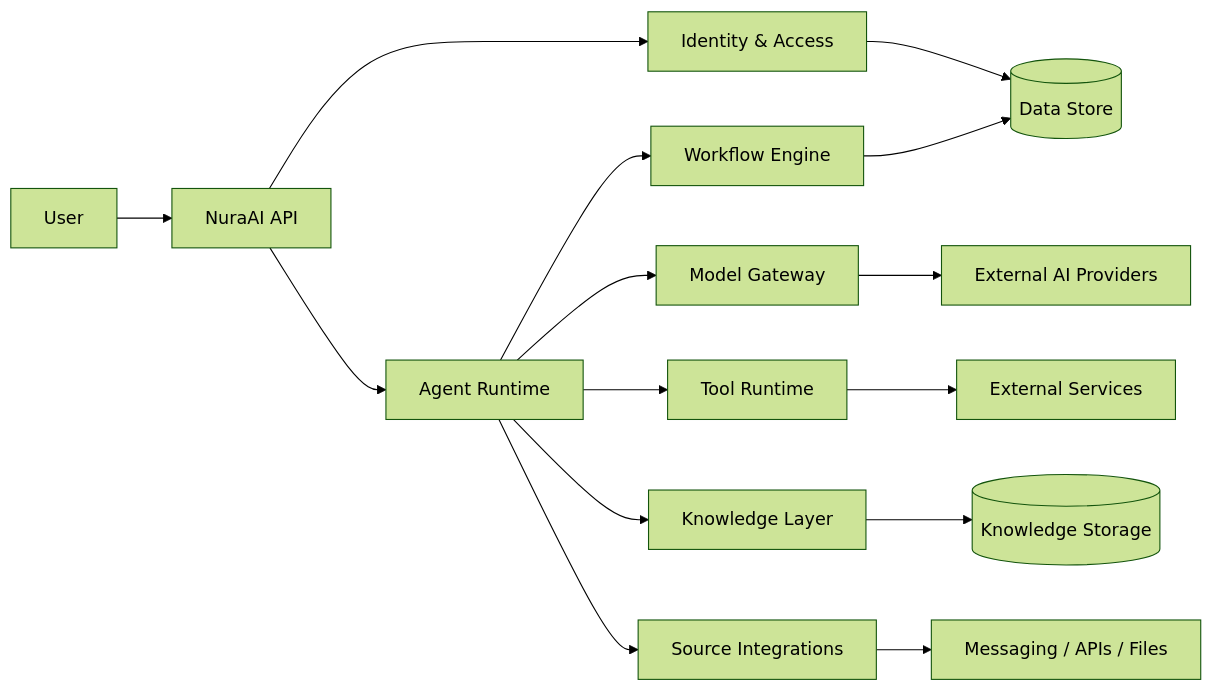
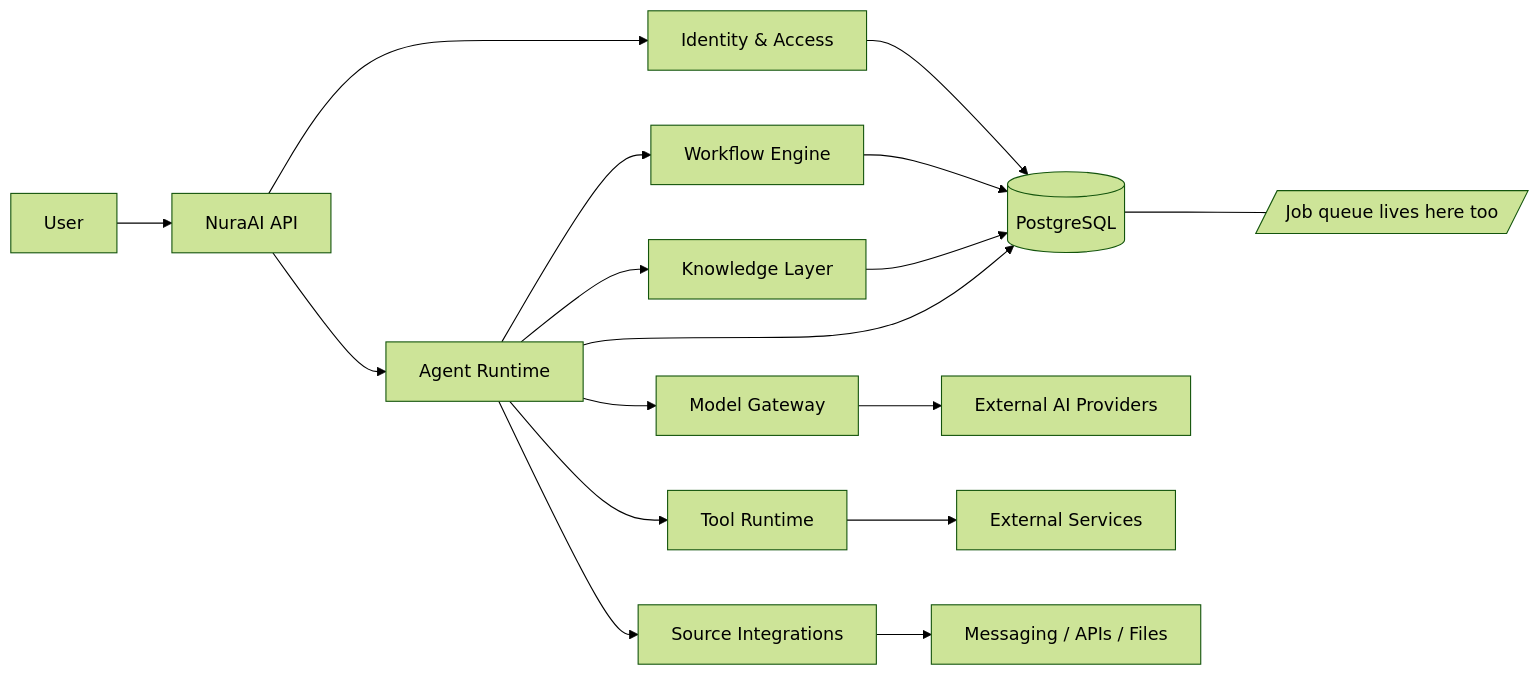
One commit to GreatRedem/TeamAgent changed the diagram in README.md. Above: the diagram before and after it, drawn with Mermaid (forest theme). The commit also changed other lines of this file and 21 other files, not shown here.

````diff
--- a/README.md
+++ b/README.md
@@ -31,18 +31,20 @@
 ```mermaid
 flowchart LR
     U[User] --> API[NuraAI API]
     API --> AUTH[Identity & Access]
     API --> AGENT[Agent Runtime]
     AGENT --> MODEL[Model Gateway]
     AGENT --> TOOL[Tool Runtime]
     AGENT --> KNOW[Knowledge Layer]
     AGENT --> SOURCE[Source Integrations]
     AGENT --> FLOW[Workflow Engine]
 
-    AUTH --> DB[(Data Store)]
+    AUTH --> DB[(PostgreSQL)]
     FLOW --> DB
-    KNOW --> KB[(Knowledge Storage)]
+    KNOW --> DB
+    AGENT --> DB
+    DB --- QUEUE[/Job queue lives here too/]
     MODEL --> EXT[External AI Providers]
     TOOL --> EXT2[External Services]
     SOURCE --> EXT3[Messaging / APIs / Files]
 ```
````
